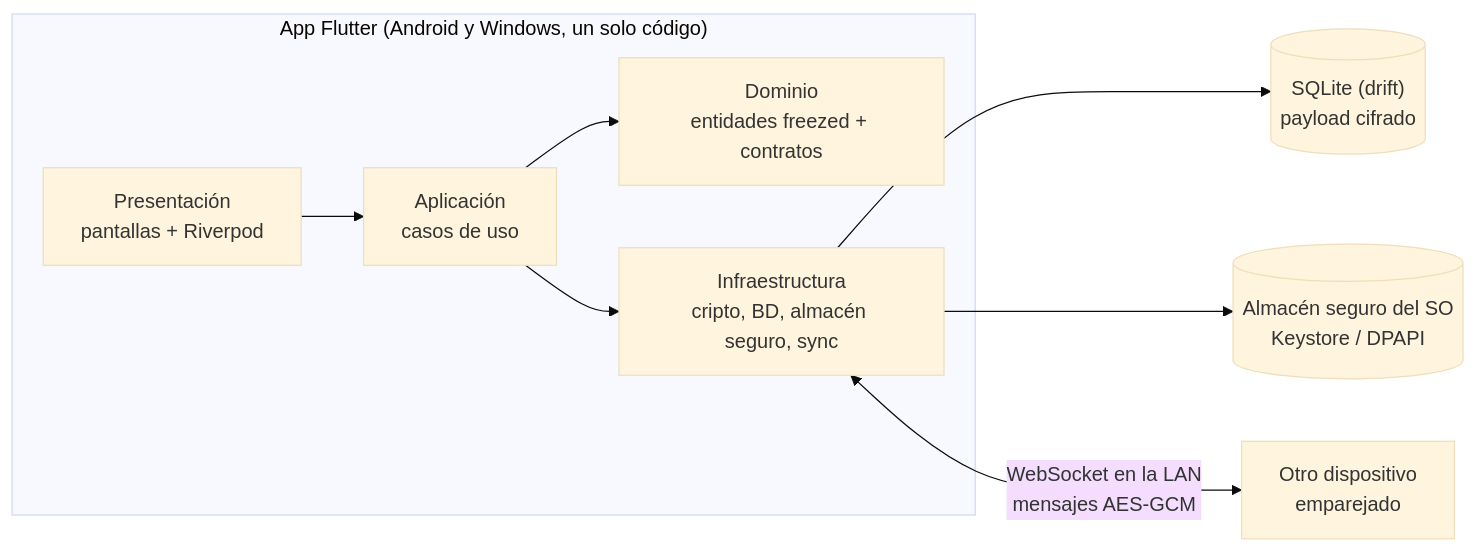
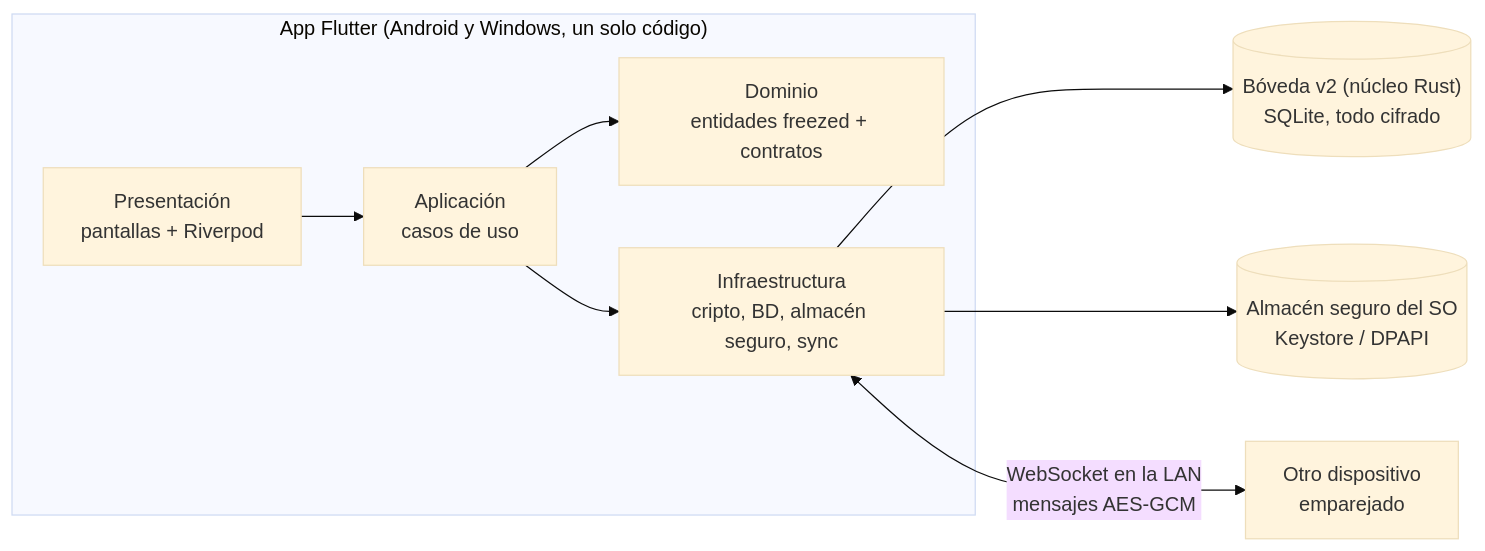
One commit to EzequielAngel0/SoloKey changed the diagram in docs/arquitectura/ARQUITECTURA.md. Above: the diagram before and after it, drawn with Mermaid (base theme). The commit also changed other lines of this file and 91 other files, not shown here.

````diff
--- a/docs/arquitectura/ARQUITECTURA.md
+++ b/docs/arquitectura/ARQUITECTURA.md
@@ -9,11 +9,11 @@
 ```mermaid
 flowchart LR
   subgraph App["App Flutter (Android y Windows, un solo código)"]
     UI["Presentación<br/>pantallas + Riverpod"] --> APP["Aplicación<br/>casos de uso"]
     APP --> DOM["Dominio<br/>entidades freezed + contratos"]
     APP --> INF["Infraestructura<br/>cripto, BD, almacén seguro, sync"]
   end
-  INF --> DB[("SQLite (drift)<br/>payload cifrado")]
+  INF --> DB[("Bóveda v2 (núcleo Rust)<br/>SQLite, todo cifrado")]
   INF --> KS[("Almacén seguro del SO<br/>Keystore / DPAPI")]
   INF <-->|"WebSocket en la LAN<br/>mensajes AES-GCM"| PAR["Otro dispositivo<br/>emparejado"]
 ```
````
